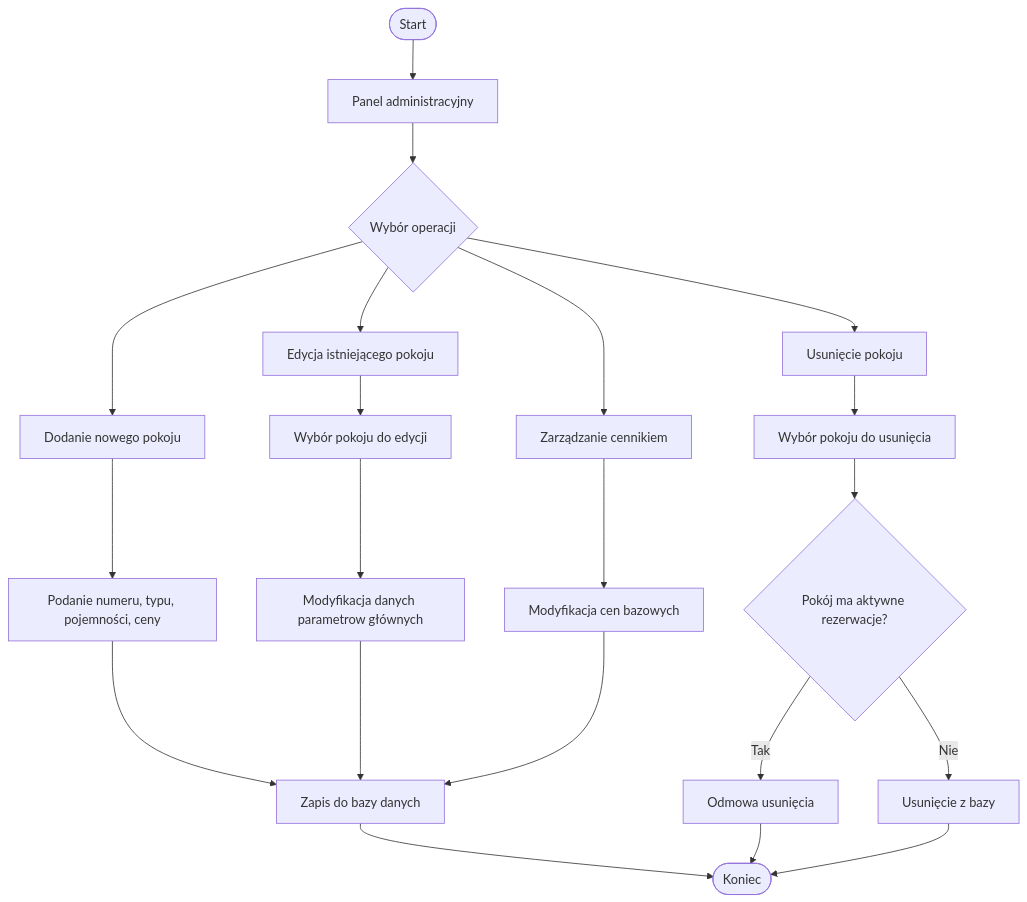
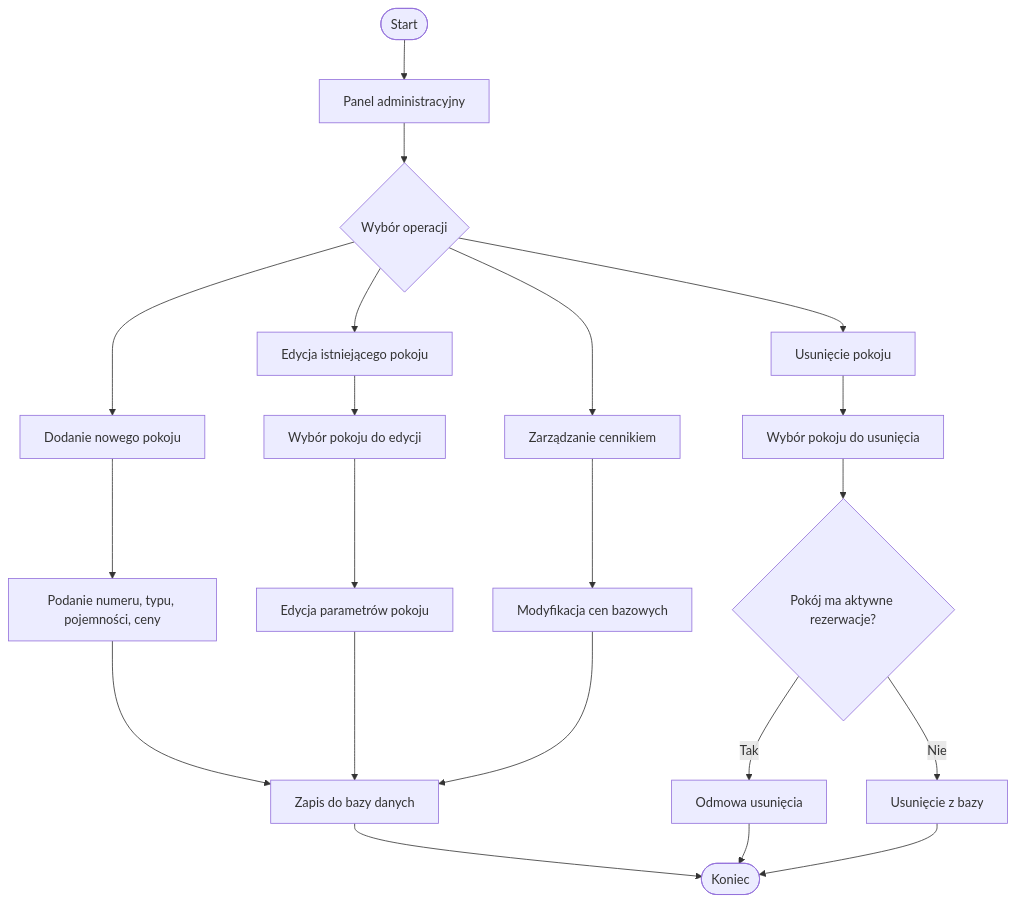
Before and after one commit to chamage/TB_NowyFolder: the fifth of 9 diagrams in TB_NowyFolder/Documentation/UML_Diagrams.md, drawn with Mermaid. The commit also changed other lines of this file and 5 other files, not shown here.

````diff
--- a/TB_NowyFolder/Documentation/UML_Diagrams.md
+++ b/TB_NowyFolder/Documentation/UML_Diagrams.md
@@ -208,23 +218,23 @@
 ```mermaid
 flowchart TD
     A([Start]) --> B[Panel administracyjny]
     B --> C{Wybór operacji}
     C --> D[Dodanie nowego pokoju]
     C --> E[Edycja istniejącego pokoju]
     C --> F[Usunięcie pokoju]
     C --> G[Zarządzanie cennikiem]
     D --> H[Podanie numeru, typu, pojemności, ceny]
     H --> I[Zapis do bazy danych]
     E --> J[Wybór pokoju do edycji]
-    J --> K[Modyfikacja danych parametrow głównych]
+    J --> K[Edycja parametrów pokoju]
     K --> I
     F --> L[Wybór pokoju do usunięcia]
     L --> M{Pokój ma aktywne rezerwacje?}
     M -- Tak --> N[Odmowa usunięcia]
     M -- Nie --> O[Usunięcie z bazy]
     G --> P[Modyfikacja cen bazowych]
     P --> I
     I --> Q([Koniec])
     N --> Q
     O --> Q
 ```
````
